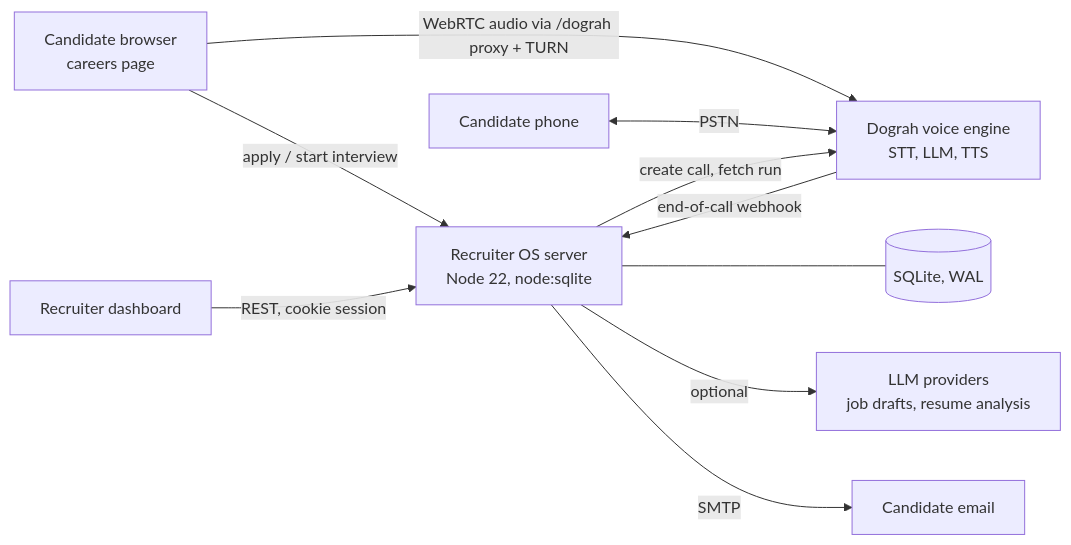
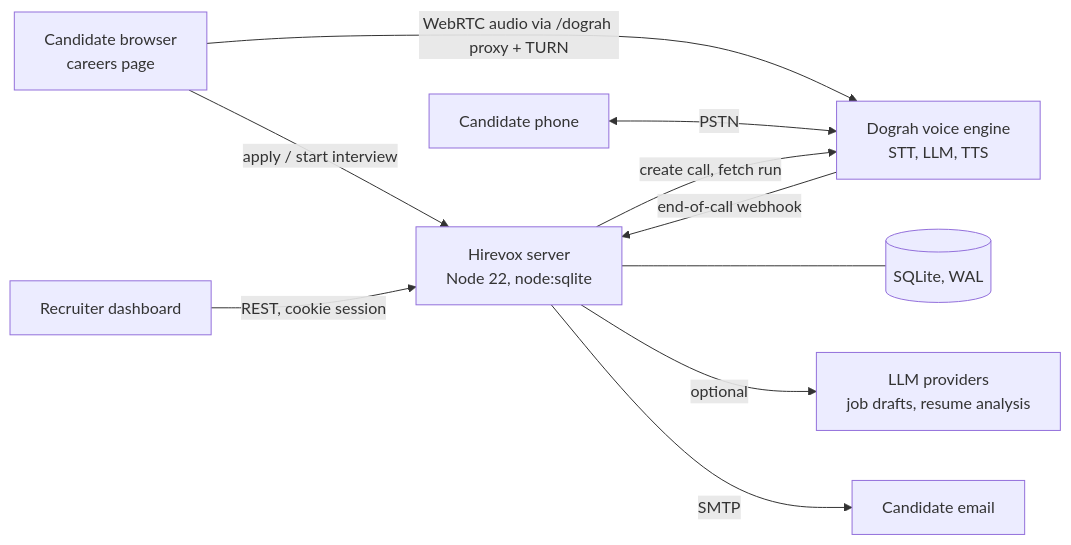
Before and after one commit to vivek-650/telephonic-ai-agent: the first of 2 diagrams in docs/ARCHITECTURE.md, drawn with Mermaid. The commit also changed other lines of this file and 10 other files, not shown here.

````diff
--- a/docs/ARCHITECTURE.md
+++ b/docs/ARCHITECTURE.md
@@ -7,12 +7,12 @@
 ```mermaid
 flowchart LR
   A[Candidate browser<br/>careers page] -- apply / start interview --> S
   A -- WebRTC audio via /dograh proxy + TURN --> D
   P[Candidate phone] <-- PSTN --> D
   R[Recruiter dashboard] -- REST, cookie session --> S
-  S[Recruiter OS server<br/>Node 22, node:sqlite] -- create call, fetch run --> D[Dograh voice engine<br/>STT, LLM, TTS]
+  S[Hirevox server<br/>Node 22, node:sqlite] -- create call, fetch run --> D[Dograh voice engine<br/>STT, LLM, TTS]
   D -- end-of-call webhook --> S
   S --- DB[(SQLite, WAL)]
   S -- optional --> L[LLM providers<br/>job drafts, resume analysis]
   S -- SMTP --> M[Candidate email]
 ```
````
